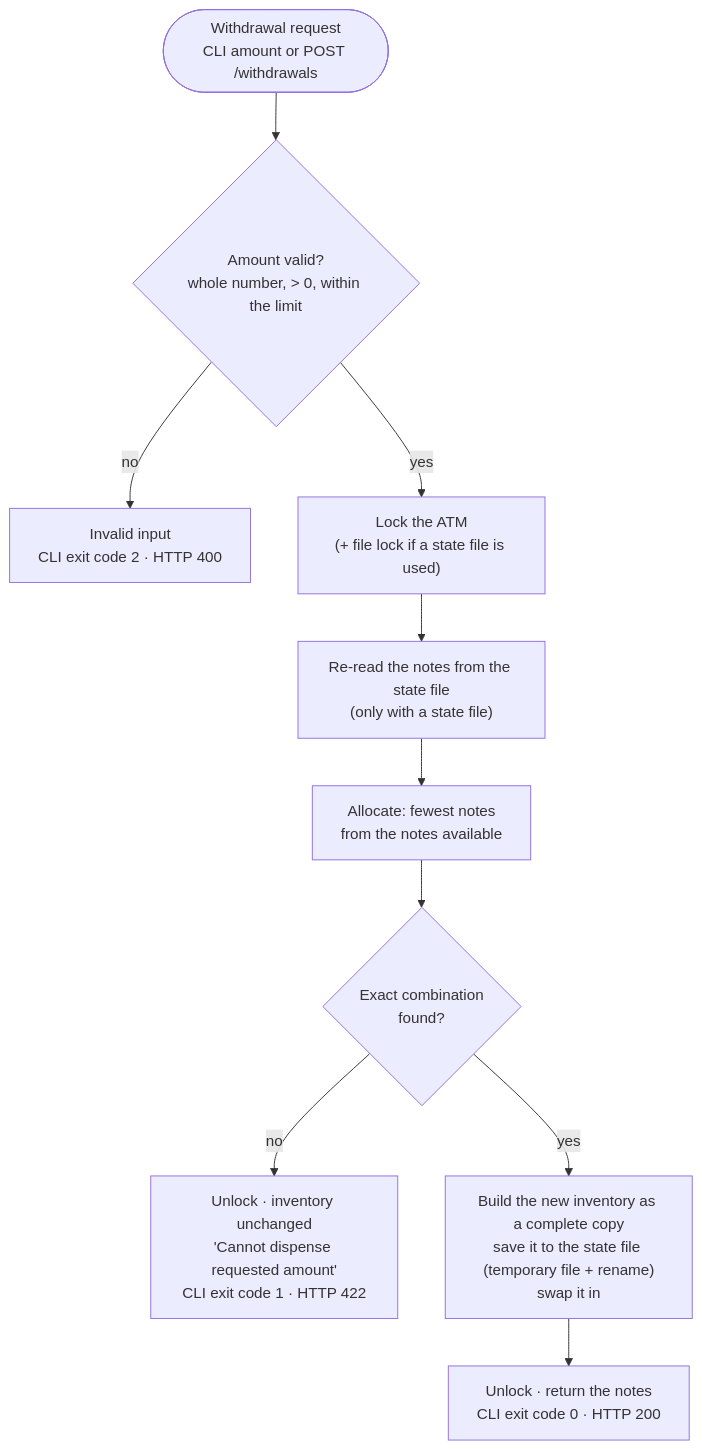
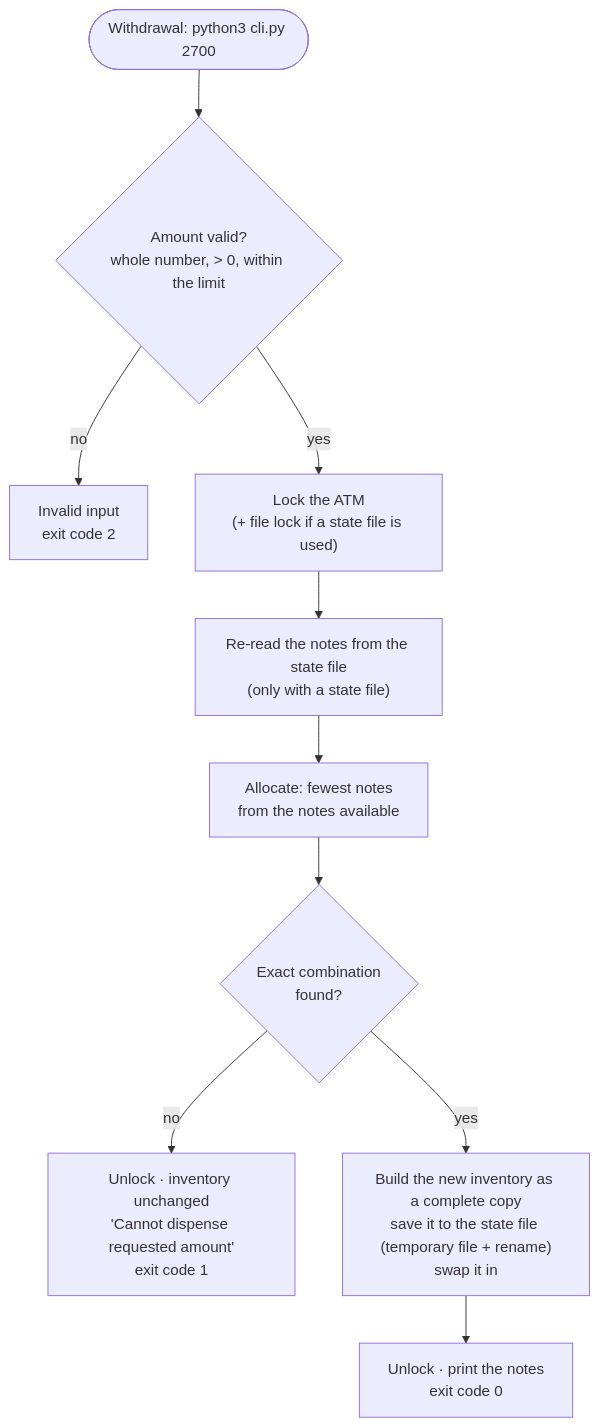
Before and after one commit to AnupamGupta86/InmarCodingAssignment: the fourth of 5 diagrams in README.md, drawn with Mermaid. The commit also changed other lines of this file and 16 other files, not shown here.

````diff
--- a/README.md
+++ b/README.md
@@ -385,12 +293,12 @@
 ```mermaid
 flowchart TD
-    start(["Withdrawal request<br/>CLI amount or POST /withdrawals"]) --> validate{"Amount valid?<br/>whole number, > 0, within the limit"}
-    validate -->|no| invalid["Invalid input<br/>CLI exit code 2 · HTTP 400"]
+    start(["Withdrawal: python3 cli.py 2700"]) --> validate{"Amount valid?<br/>whole number, > 0, within the limit"}
+    validate -->|no| invalid["Invalid input<br/>exit code 2"]
     validate -->|yes| lock["Lock the ATM<br/>(+ file lock if a state file is used)"]
     lock --> reload["Re-read the notes from the state file<br/>(only with a state file)"]
     reload --> allocate["Allocate: fewest notes<br/>from the notes available"]
     allocate --> found{"Exact combination<br/>found?"}
-    found -->|no| refuse["Unlock · inventory unchanged<br/>'Cannot dispense requested amount'<br/>CLI exit code 1 · HTTP 422"]
+    found -->|no| refuse["Unlock · inventory unchanged<br/>'Cannot dispense requested amount'<br/>exit code 1"]
     found -->|yes| update["Build the new inventory as a complete copy<br/>save it to the state file (temporary file + rename)<br/>swap it in"]
-    update --> paid["Unlock · return the notes<br/>CLI exit code 0 · HTTP 200"]
+    update --> paid["Unlock · print the notes<br/>exit code 0"]
 ```
````
